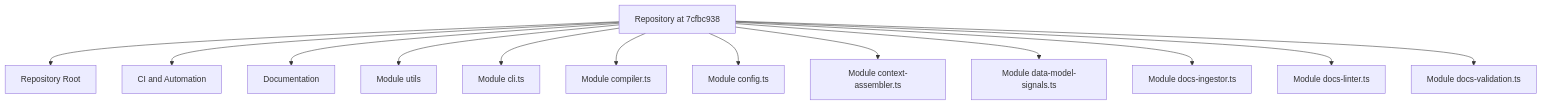
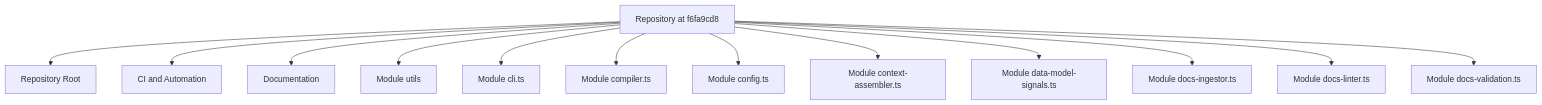
One commit to mfittko/repo-wiki changed the diagram in smoke/pr-52/Architecture.md. Above: the diagram before and after it, drawn with Mermaid. The commit also changed other lines of this file and 45 other files, not shown here.

````diff
--- a/smoke/pr-52/Architecture.md
+++ b/smoke/pr-52/Architecture.md
@@ -14,16 +14,16 @@
 ```mermaid
 flowchart TD
-  Repo[Repository at 7cfbc938]
+  Repo[Repository at f6fa9cd8]
   Repo --> M0[Repository Root]
   Repo --> M1[CI and Automation]
   Repo --> M2[Documentation]
   Repo --> M3[Module utils]
   Repo --> M4[Module cli.ts]
   Repo --> M5[Module compiler.ts]
   Repo --> M6[Module config.ts]
   Repo --> M7[Module context-assembler.ts]
   Repo --> M8[Module data-model-signals.ts]
   Repo --> M9[Module docs-ingestor.ts]
   Repo --> M10[Module docs-linter.ts]
   Repo --> M11[Module docs-validation.ts]
 ```
````
